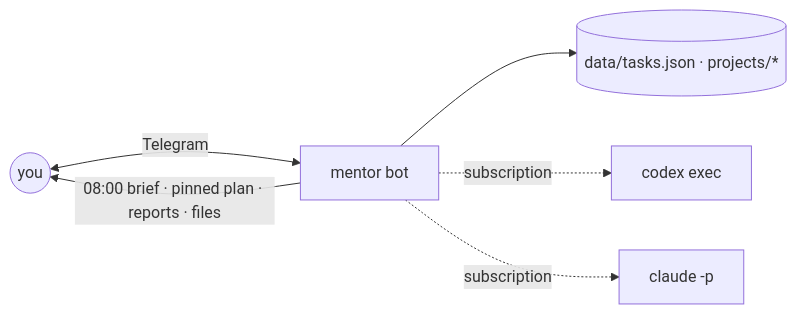
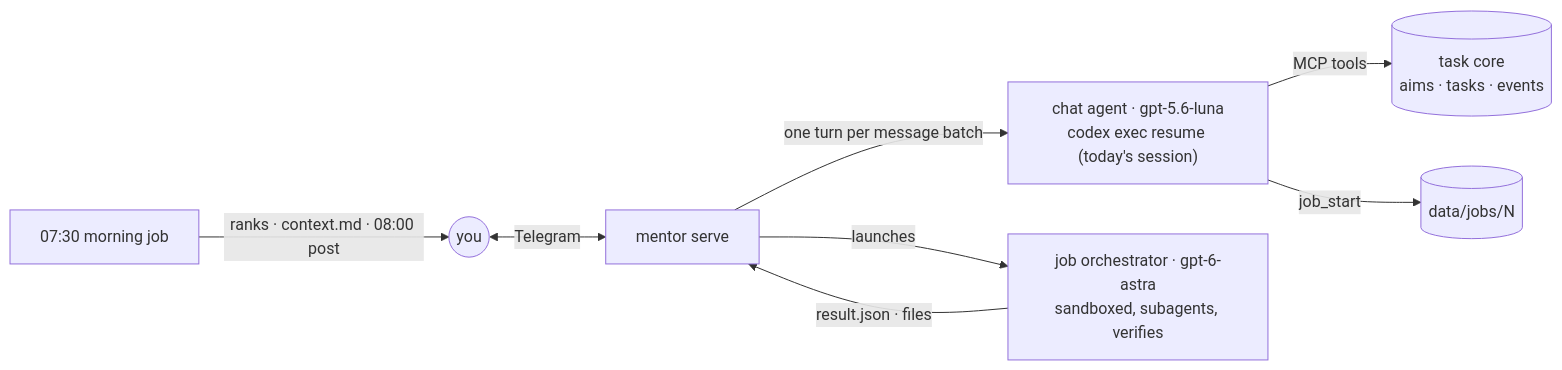
Before and after one commit to vovka/mentor-bot: the diagram in README.md, drawn with Mermaid. The commit also changed other lines of this file and 5 other files, not shown here.

First line of the commit message:
Docs for v3: README, architecture, deploy; example settings and env

````diff
--- a/README.md
+++ b/README.md
@@ -12,8 +10,10 @@
 ```mermaid
 flowchart LR
-  You((you)) <-- Telegram --> BOT[mentor bot]
-  BOT -- 08:00 brief · pinned plan · reports · files --> You
-  BOT --> D[(data/tasks.json · projects/*)]
-  BOT -. subscription .-> CX[codex exec]
-  BOT -. subscription .-> CL[claude -p]
+  You((you)) <-- Telegram --> GW[mentor serve]
+  GW -- one turn per message batch --> CHAT["chat agent · gpt-5.6-luna<br/>codex exec resume (today's session)"]
+  CHAT -- MCP tools --> CORE[(task core<br/>aims · tasks · events)]
+  CHAT -- job_start --> Q[(data/jobs/N)]
+  GW -- launches --> JOB["job orchestrator · gpt-6-astra<br/>sandboxed, subagents, verifies"]
+  JOB -- result.json · files --> GW
+  MORNING["07:30 morning job"] -- ranks · context.md · 08:00 post --> You
 ```
````
